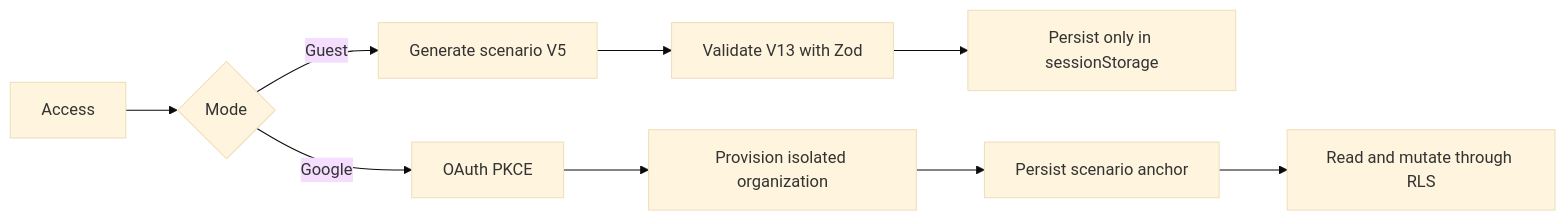
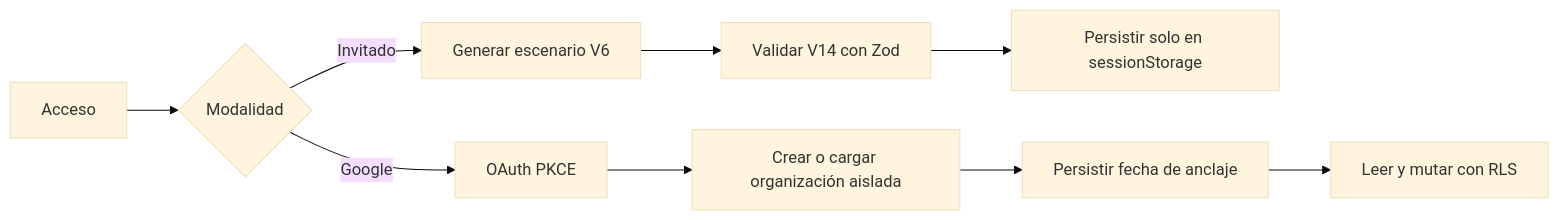
One commit to antoniojesusdelgado/management-platform-demo changed the third of 9 diagrams in docs/TECHNICAL-CASE-STUDY.md. Above: the diagram before and after it, drawn with Mermaid (base theme). The commit also changed other lines of this file and 34 other files, not shown here.

````diff
--- a/docs/TECHNICAL-CASE-STUDY.md
+++ b/docs/TECHNICAL-CASE-STUDY.md
@@ -86,11 +97,11 @@
 ```mermaid
 flowchart LR
-  start["Access"] --> choice{"Mode"}
-  choice -->|Guest| generate["Generate scenario V5"]
-  generate --> validate["Validate V13 with Zod"]
-  validate --> session["Persist only in sessionStorage"]
+  start["Acceso"] --> choice{"Modalidad"}
+  choice -->|Invitado| generate["Generar escenario V6"]
+  generate --> validate["Validar V14 con Zod"]
+  validate --> session["Persistir solo en sessionStorage"]
   choice -->|Google| pkce["OAuth PKCE"]
-  pkce --> provision["Provision isolated organization"]
-  provision --> anchor["Persist scenario anchor"]
-  anchor --> rls["Read and mutate through RLS"]
+  pkce --> provision["Crear o cargar organización aislada"]
+  provision --> anchor["Persistir fecha de anclaje"]
+  anchor --> rls["Leer y mutar con RLS"]
 ```
````
